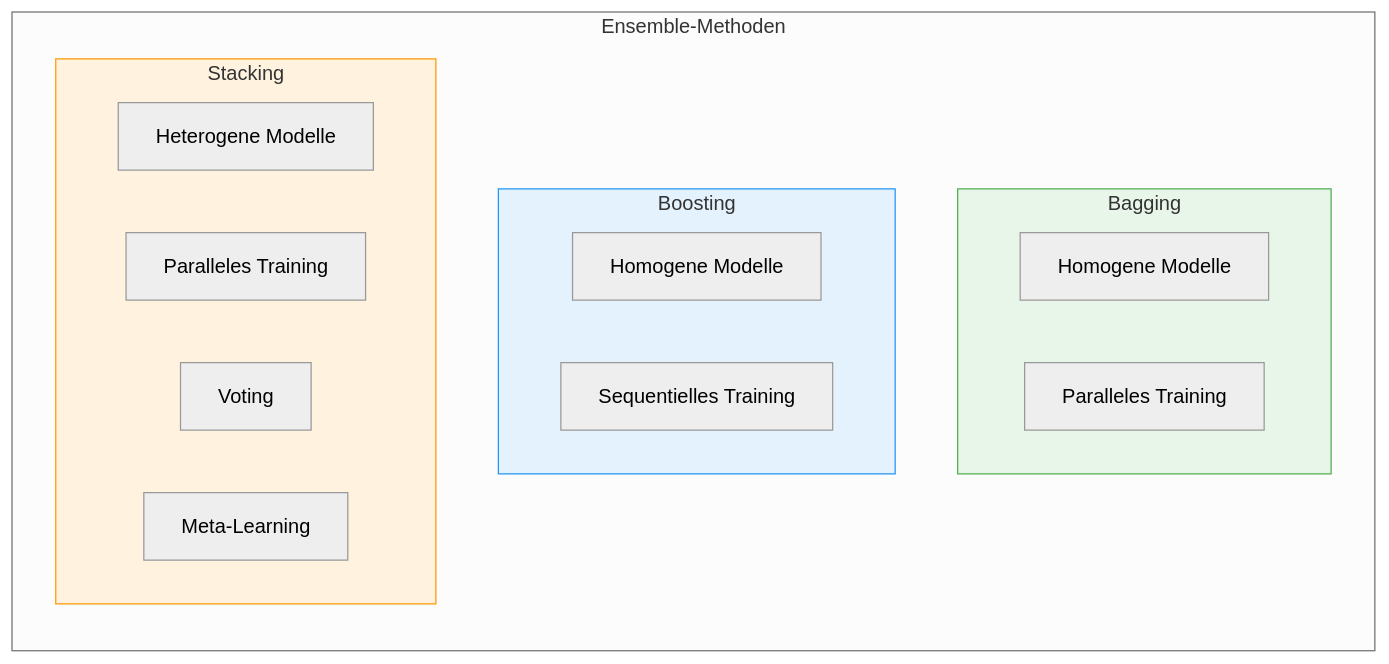
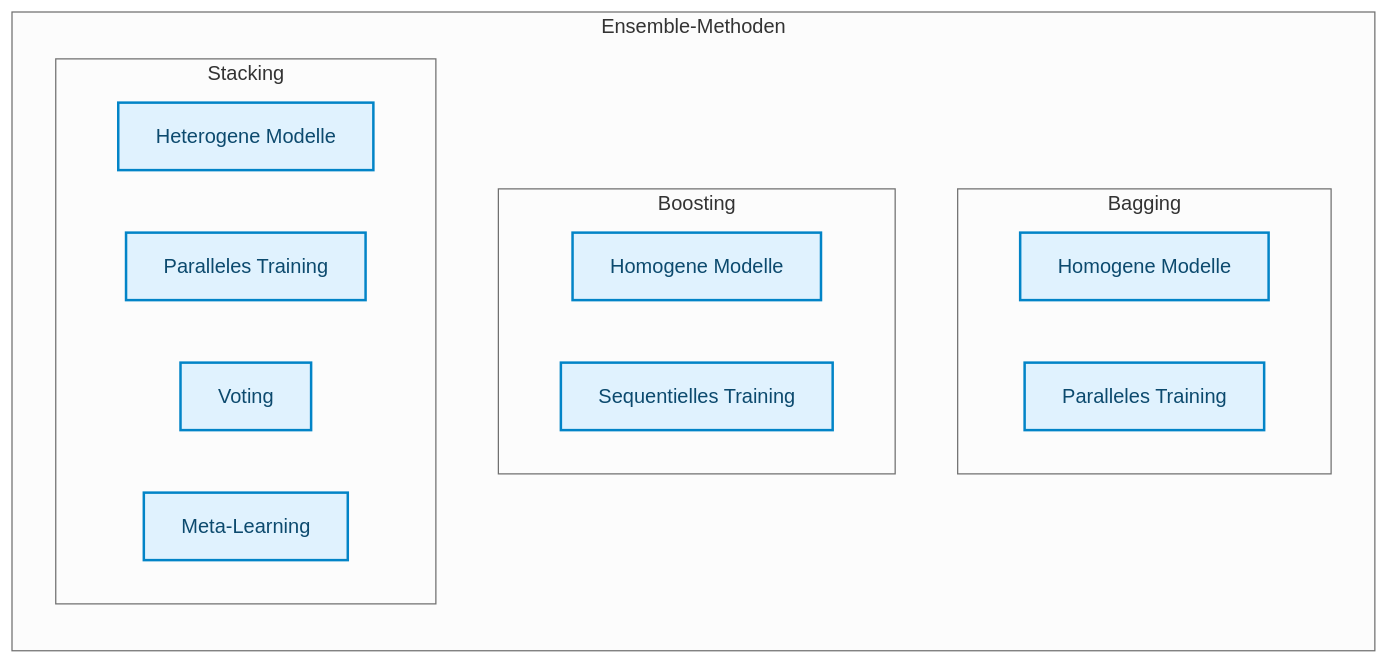
One commit to ralf-42/ML_Intro changed the first of 5 diagrams in docs/concepts/modeling/ensemble.md. Above: the diagram before and after it, drawn with Mermaid (neutral theme). The commit also changed other lines of this file and 67 other files, not shown here.

````diff
--- a/docs/concepts/modeling/ensemble.md
+++ b/docs/concepts/modeling/ensemble.md
@@ -31,27 +31,25 @@
 ```mermaid
 flowchart TD
     subgraph Ensemble["Ensemble-Methoden"]
         direction TB
         
         subgraph Bagging["Bagging"]
             B1["Homogene Modelle"]
             B2["Paralleles Training"]
         end
         
         subgraph Boosting["Boosting"]
             BO1["Homogene Modelle"]
             BO2["Sequentielles Training"]
         end
         
         subgraph Stacking["Stacking"]
             S1["Heterogene Modelle"]
             S2["Paralleles Training"]
             S3["Voting"]
             S4["Meta-Learning"]
         end
     end
-    
-    style Bagging fill:#e8f5e9,stroke:#4caf50
-    style Boosting fill:#e3f2fd,stroke:#2196f3
-    style Stacking fill:#fff3e0,stroke:#ff9800
+
+    classDef default fill:#e0f2fe,stroke:#0284c7,stroke-width:2px,color:#0c4a6e;
 ```
````
